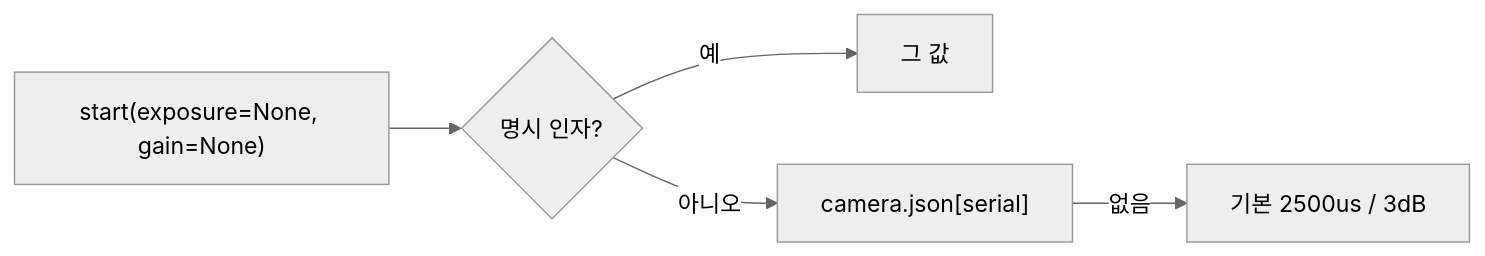
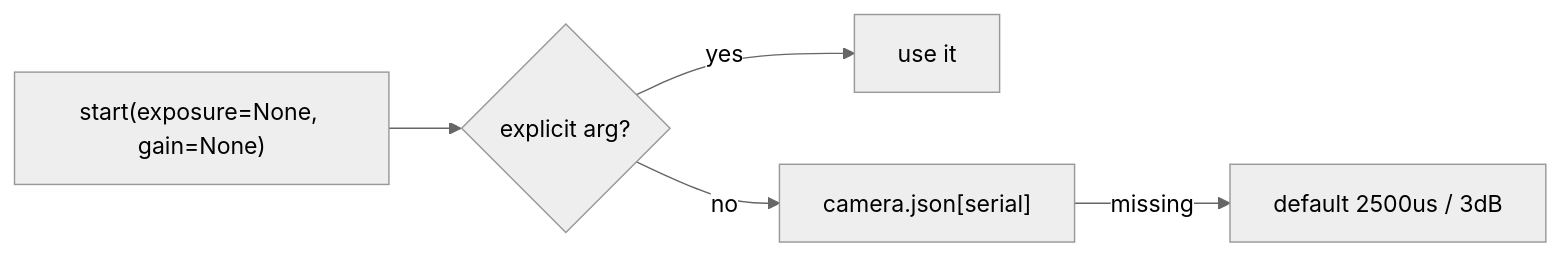
One commit to willi19/paradex changed the sixth of 7 diagrams in docs/camera_system.md. Above: the diagram before and after it, drawn with Mermaid (neutral theme). The commit also changed other lines of this file and 3 other files, not shown here.

````diff
--- a/docs/camera_system.md
+++ b/docs/camera_system.md
@@ -231,7 +235,7 @@
 ```{mermaid}
 flowchart LR
-    A["start(exposure=None, gain=None)"] --> B{"명시 인자?"}
-    B -->|예| U["그 값"]
-    B -->|아니오| C["camera.json[serial]"]
-    C -->|없음| D["기본 2500us / 3dB"]
+    A["start(exposure=None, gain=None)"] --> B{"explicit arg?"}
+    B -->|yes| U["use it"]
+    B -->|no| C["camera.json[serial]"]
+    C -->|missing| D["default 2500us / 3dB"]
 ```
````
